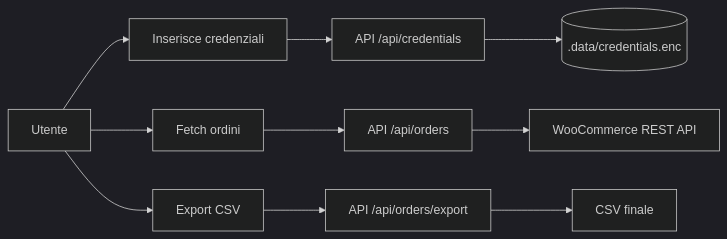
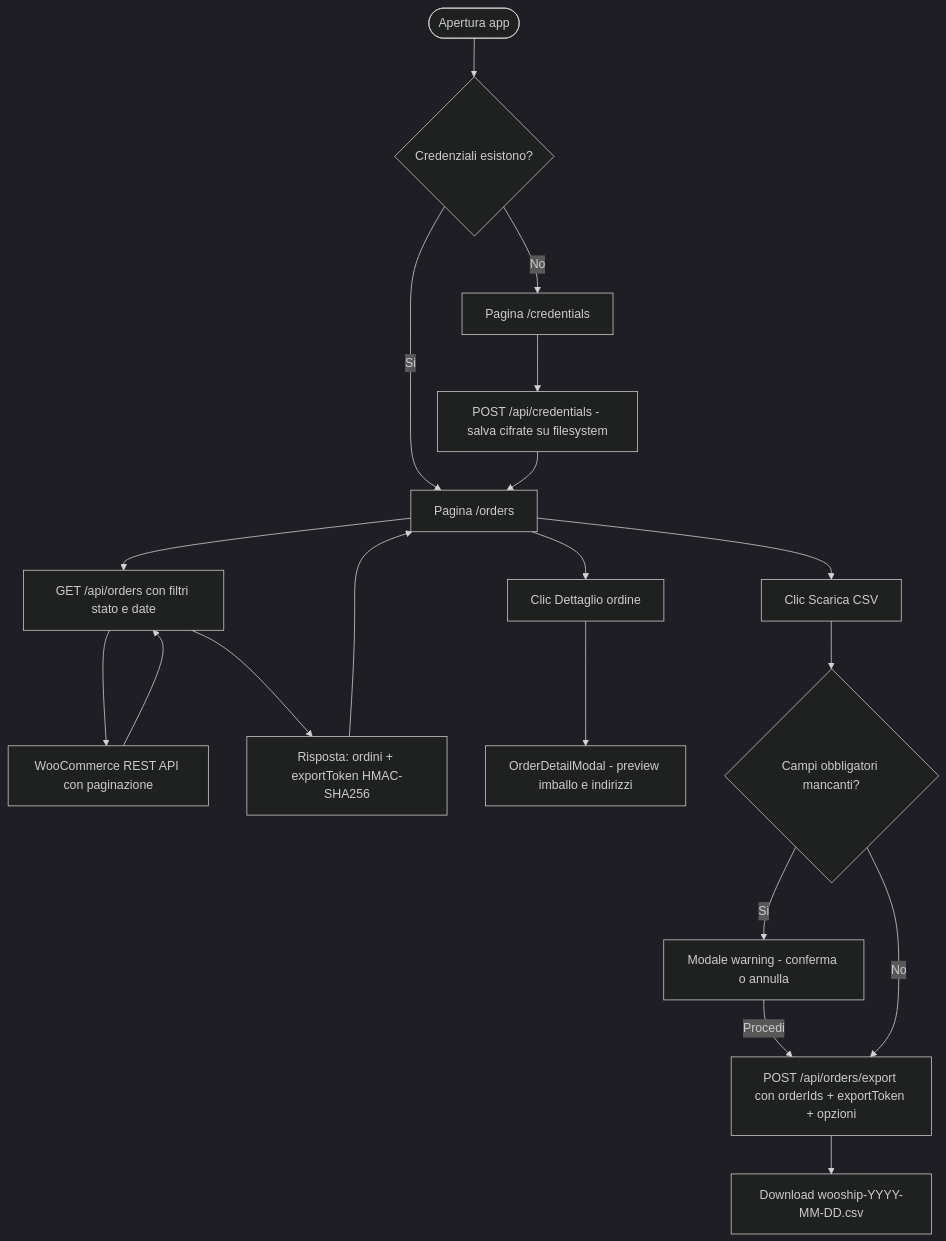
The diagram in README.md (biasuzzi-davide/WooShip), drawn with Mermaid (dark theme) before and after one commit. The commit also changed other lines of this file, not shown here.

````diff
--- a/README.md
+++ b/README.md
@@ -25,12 +44,24 @@
 ```mermaid
-flowchart LR
-    A[Utente] --> B[Inserisce credenziali]
-    B --> C[API /api/credentials]
-    C --> D[(.data/credentials.enc)]
-    A --> E[Fetch ordini]
-    E --> F[API /api/orders]
-    F --> G[WooCommerce REST API]
-    A --> H[Export CSV]
-    H --> I[API /api/orders/export]
-    I --> J[CSV finale]
+flowchart TD
+    Start([Apertura app]) --> HomeCheck{Credenziali esistono?}
+    HomeCheck -- No --> CredPage[Pagina /credentials]
+    CredPage --> SaveCreds[POST /api/credentials - salva cifrate su filesystem]
+    HomeCheck -- Si --> OrdersPage[Pagina /orders]
+    SaveCreds --> OrdersPage
+
+    OrdersPage --> FetchOrders[GET /api/orders con filtri stato e date]
+    FetchOrders --> WooAPI[WooCommerce REST API con paginazione]
+    WooAPI --> FetchOrders
+    FetchOrders --> Token[Risposta: ordini + exportToken HMAC-SHA256]
+    Token --> OrdersPage
+
+    OrdersPage --> DetailBtn[Clic Dettaglio ordine]
+    DetailBtn --> Modal[OrderDetailModal - preview imballo e indirizzi]
+
+    OrdersPage --> DownloadBtn[Clic Scarica CSV]
+    DownloadBtn --> WarnCheck{Campi obbligatori mancanti?}
+    WarnCheck -- Si --> WarnModal[Modale warning - conferma o annulla]
+    WarnModal -- Procedi --> Export
+    WarnCheck -- No --> Export[POST /api/orders/export con orderIds + exportToken + opzioni]
+    Export --> CSV[Download wooship-YYYY-MM-DD.csv]
 ```
````
